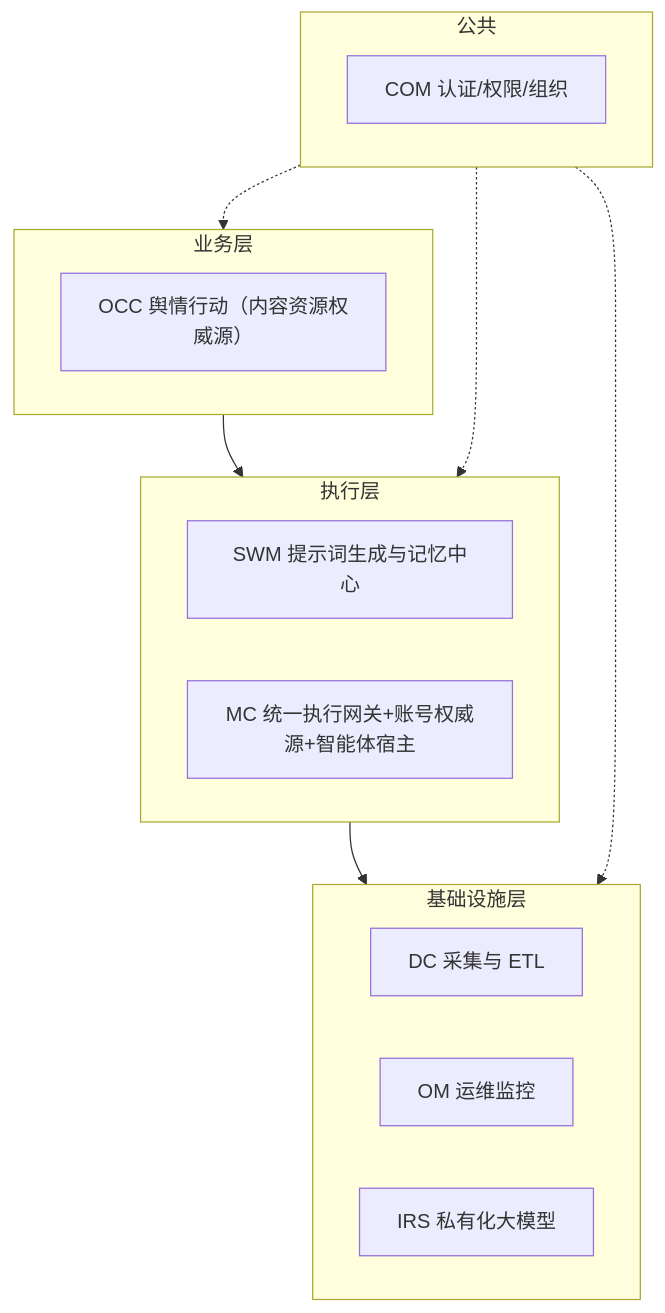
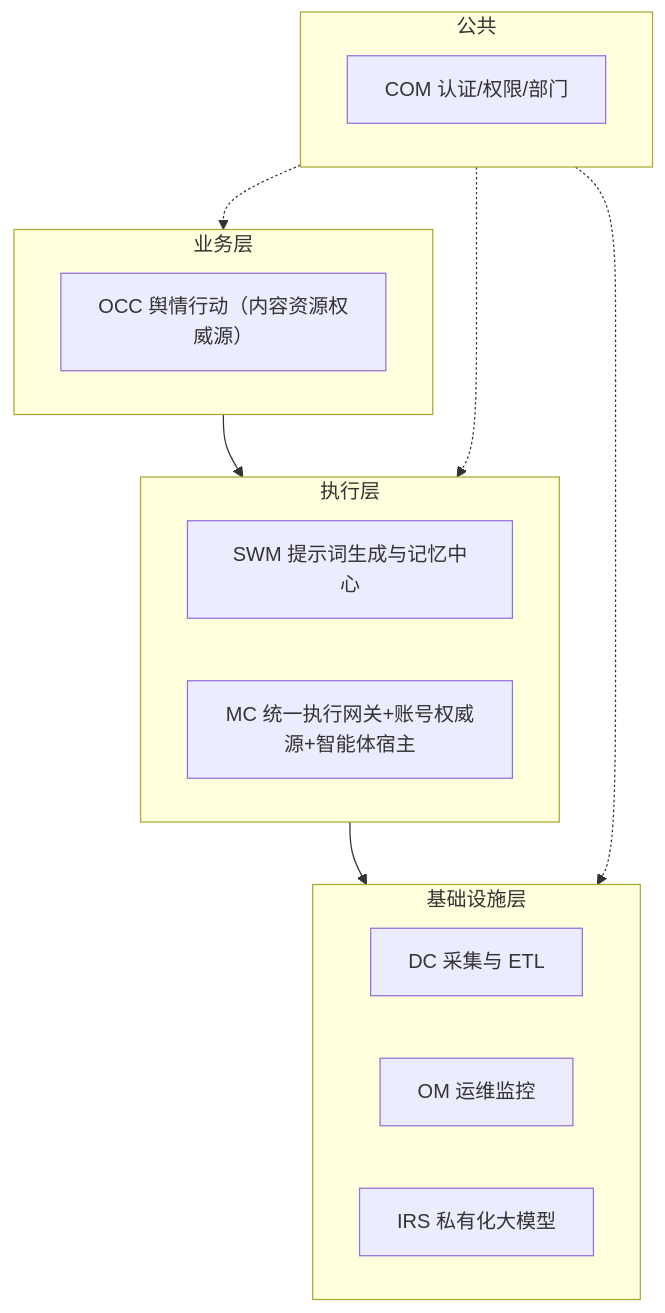
Before and after one commit to Sj-g/obsidian: the second of 14 diagrams in 公司项目/认知作战/文档/软件概要设计说明.md, drawn with Mermaid. The commit also changed other lines of this file and 4 other files, not shown here.

````diff
--- a/公司项目/认知作战/文档/软件概要设计说明.md
+++ b/公司项目/认知作战/文档/软件概要设计说明.md
@@ -116,20 +117,20 @@
 ```mermaid
 flowchart TB
     subgraph L4["公共"]
-        COM["COM 认证/权限/组织"]
+        COM["COM 认证/权限/部门"]
     end
     subgraph L3["业务层"]
         OCC["OCC 舆情行动（内容资源权威源）"]
     end
     subgraph L2["执行层"]
         SWM["SWM 提示词生成与记忆中心"]
         MC["MC 统一执行网关+账号权威源+智能体宿主"]
     end
     subgraph L1["基础设施层"]
         DC["DC 采集与 ETL"]
         OM["OM 运维监控"]
         IRS["IRS 私有化大模型"]
     end
     L3 --> L2 --> L1
     L4 -.-> L1 & L2 & L3
 ```
````
